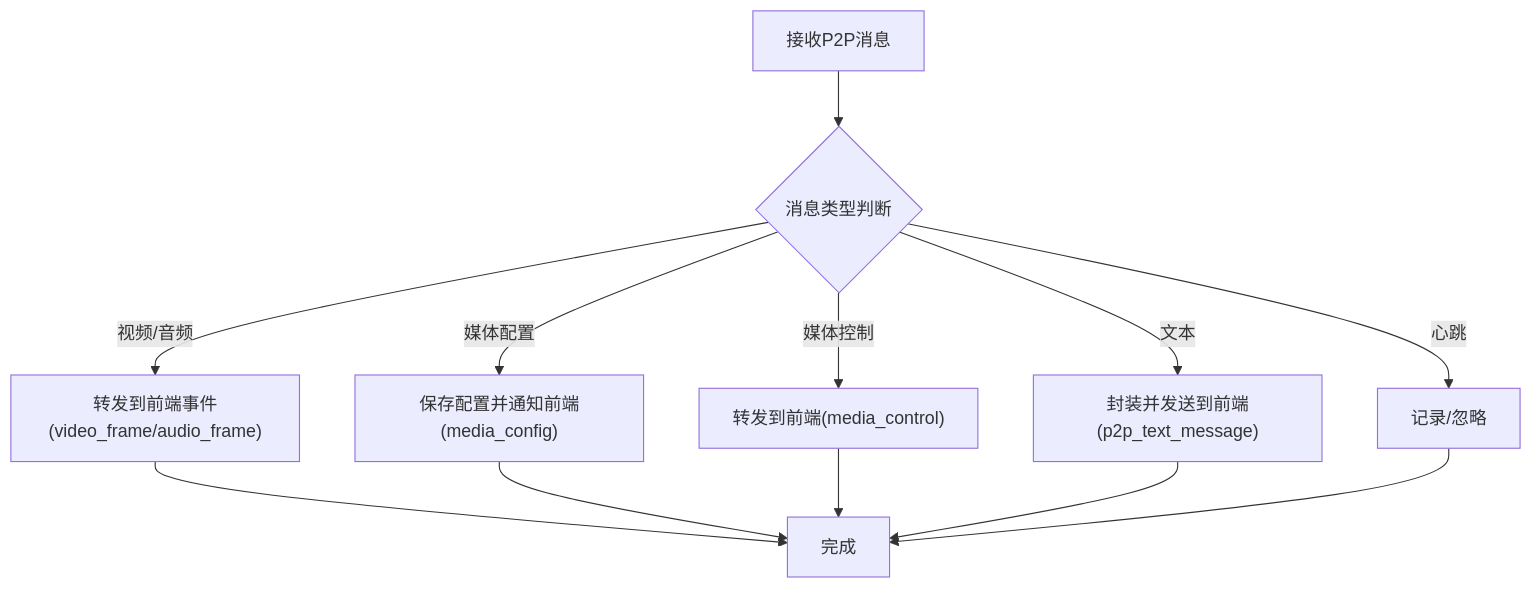
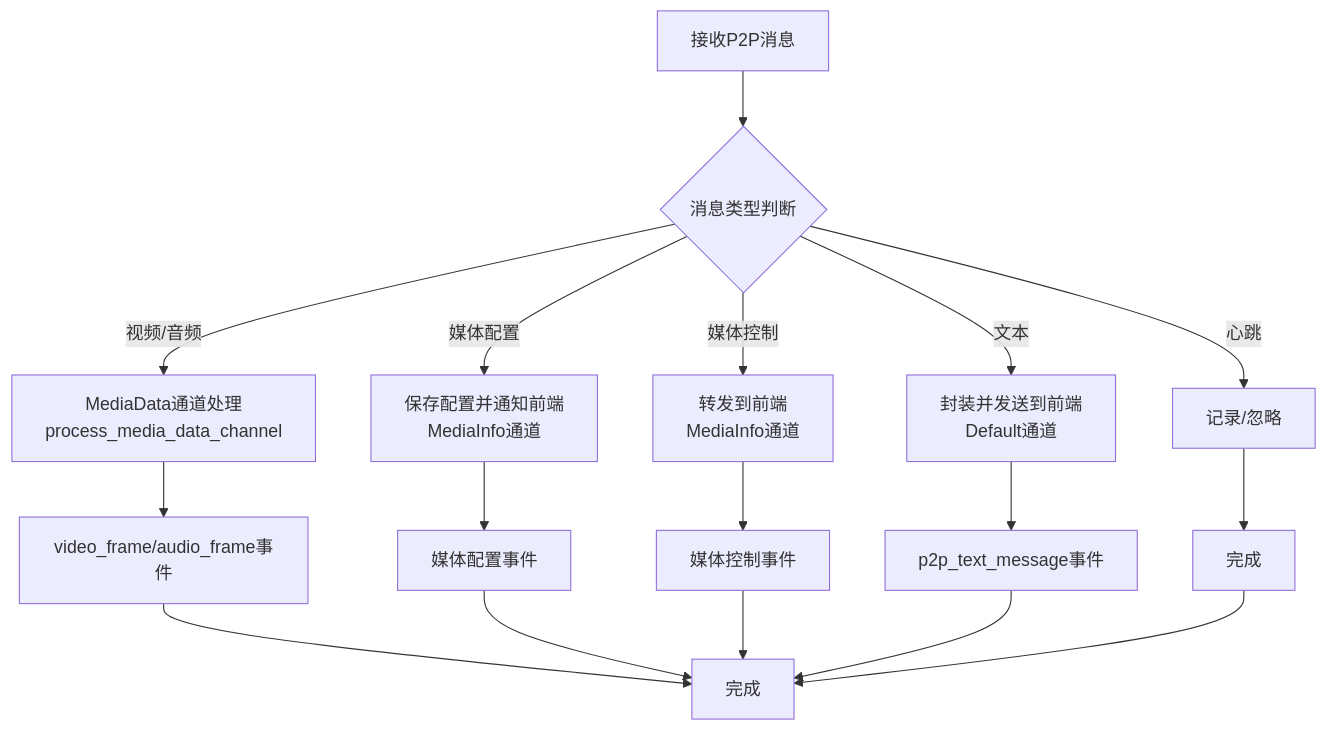
Before and after one commit to nicolastinger/only-talk-app: the fifth of 11 diagrams in .qoder/repowiki/zh/content/网络通信/QUIC传输层.md, drawn with Mermaid. The commit also changed other lines of this file and 5 other files, not shown here.

````diff
--- a/.qoder/repowiki/zh/content/网络通信/QUIC传输层.md
+++ b/.qoder/repowiki/zh/content/网络通信/QUIC传输层.md
@@ -242,14 +286,19 @@
 ```mermaid
 flowchart TD
 A["接收P2P消息"] --> B{"消息类型判断"}
-B --> |视频/音频| C["转发到前端事件(video_frame/audio_frame)"]
-B --> |媒体配置| D["保存配置并通知前端(media_config)"]
-B --> |媒体控制| E["转发到前端(media_control)"]
-B --> |文本| F["封装并发送到前端(p2p_text_message)"]
+B --> |视频/音频| C["MediaData通道处理<br/>process_media_data_channel"]
+B --> |媒体配置| D["保存配置并通知前端<br/>MediaInfo通道"]
+B --> |媒体控制| E["转发到前端<br/>MediaInfo通道"]
+B --> |文本| F["封装并发送到前端<br/>Default通道"]
 B --> |心跳| G["记录/忽略"]
-C --> H["完成"]
-D --> H
-E --> H
-F --> H
-G --> H
+C --> H["video_frame/audio_frame事件"]
+D --> I["媒体配置事件"]
+E --> J["媒体控制事件"]
+F --> K["p2p_text_message事件"]
+G --> L["完成"]
+H --> M["完成"]
+I --> M
+J --> M
+K --> M
+L --> M
 ```
````
